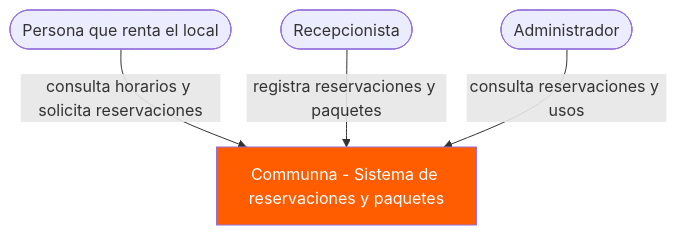
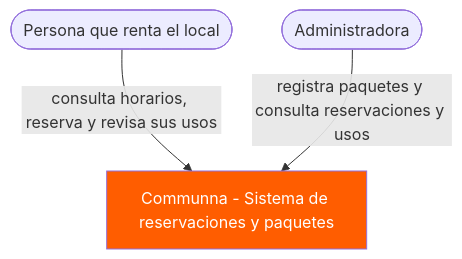
Before and after one commit to jimemogo20/Sistema-admin.-communa: the first of 8 diagrams in docs/arch/diagramas_communna.md, drawn with Mermaid. The commit also changed other lines of this file, not shown here.

````diff
--- a/docs/arch/diagramas_communna.md
+++ b/docs/arch/diagramas_communna.md
@@ -17,13 +17,11 @@
 ```mermaid
 flowchart TD
     persona([Persona que renta el local])
-    recep([Recepcionista])
-    admin([Administrador])
+    admin([Administradora])
     sistema[Communna - Sistema de reservaciones y paquetes]
 
-    persona -->|consulta horarios y solicita reservaciones| sistema
-    recep -->|registra reservaciones y paquetes| sistema
-    admin -->|consulta reservaciones y usos| sistema
+    persona -->|consulta horarios, reserva y revisa sus usos| sistema
+    admin -->|registra paquetes y consulta reservaciones y usos| sistema
 
     style sistema fill:#ff5d00,color:#fff
 ```
````
